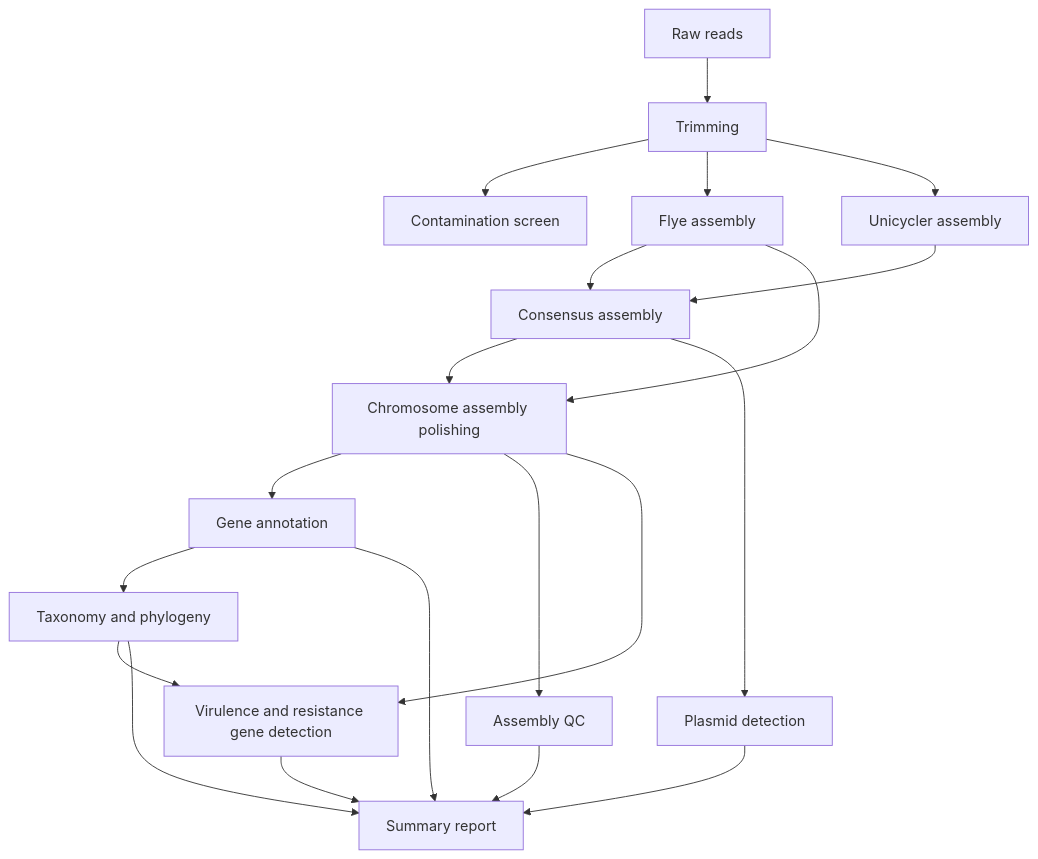
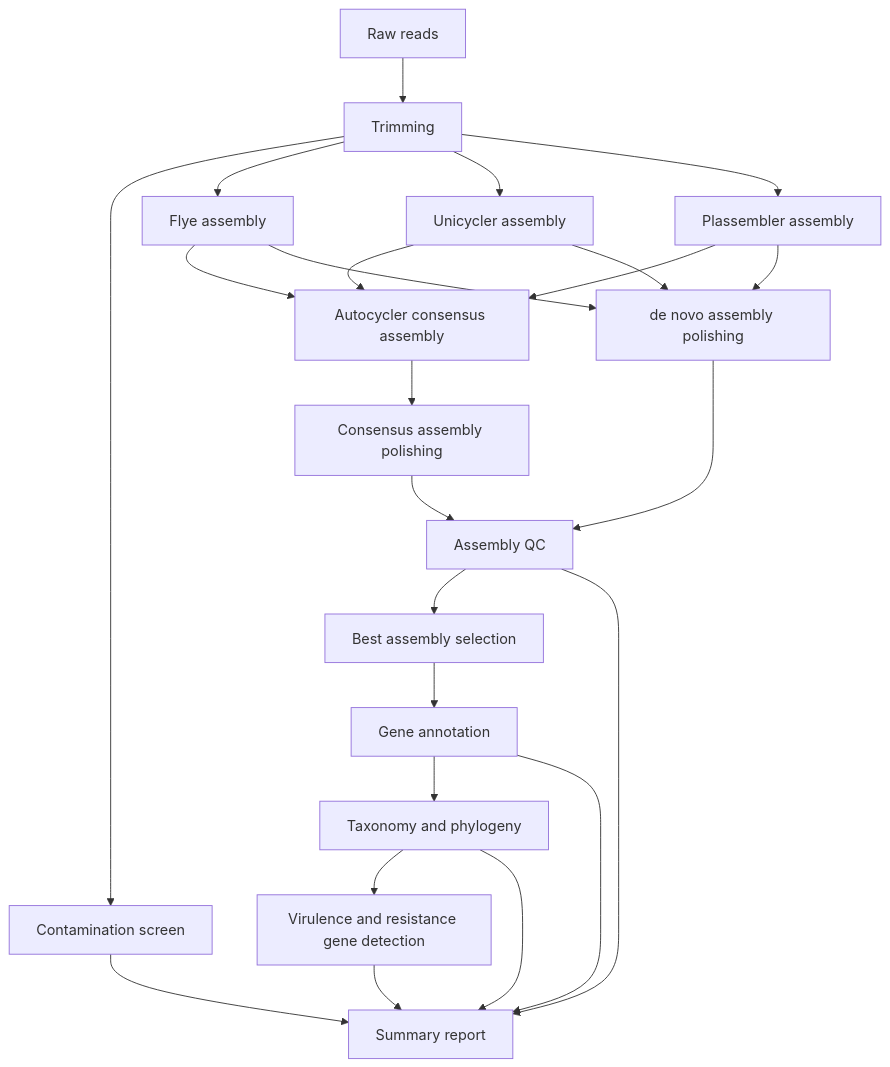
Before and after one commit to Sydney-Informatics-Hub/ONT-bacpac-nf: the diagram in docs/interpreting-results.md, drawn with Mermaid.

Commit message:
update flow chart

````diff
--- a/docs/interpreting-results.md
+++ b/docs/interpreting-results.md
@@ -3,22 +3,26 @@
 ```mermaid
 flowchart TD
     A[Raw reads] --> B[Trimming]
     B --> H[Contamination screen]
     B --> C[Flye assembly]
     B --> D[Unicycler assembly]
-    D --> E[Consensus assembly]
-    C --> E[Consensus assembly]
-    E --> F[Chromosome assembly polishing]
-    C --> F[Chromosome assembly polishing]
-    F --> G[Gene annotation]
+    B --> N[Plassembler assembly]
+    D --> E[Autocycler consensus assembly]
+    C --> E[Autocycler consensus assembly]
+    N --> E[Autocycler consensus assembly]
+    E --> F[Consensus assembly polishing]
+    C --> O[de novo assembly polishing]
+    D --> O[de novo assembly polishing]
+    N --> O[de novo assembly polishing]
+    I --> P[Best assembly selection]
+    P --> G[Gene annotation]
     G --> J[Taxonomy and phylogeny]
-    E --> K[Plasmid detection]
     F --> I[Assembly QC]
-    F --> L[Virulence and resistance gene detection]
+    O --> I[Assembly QC]
     J --> L[Virulence and resistance gene detection]
     G --> M[Summary report]
     I --> M[Summary report]
     J --> M[Summary report]
-    K --> M[Summary report]
     L --> M[Summary report]
+    H --> M[Summary report]
 ```
````
